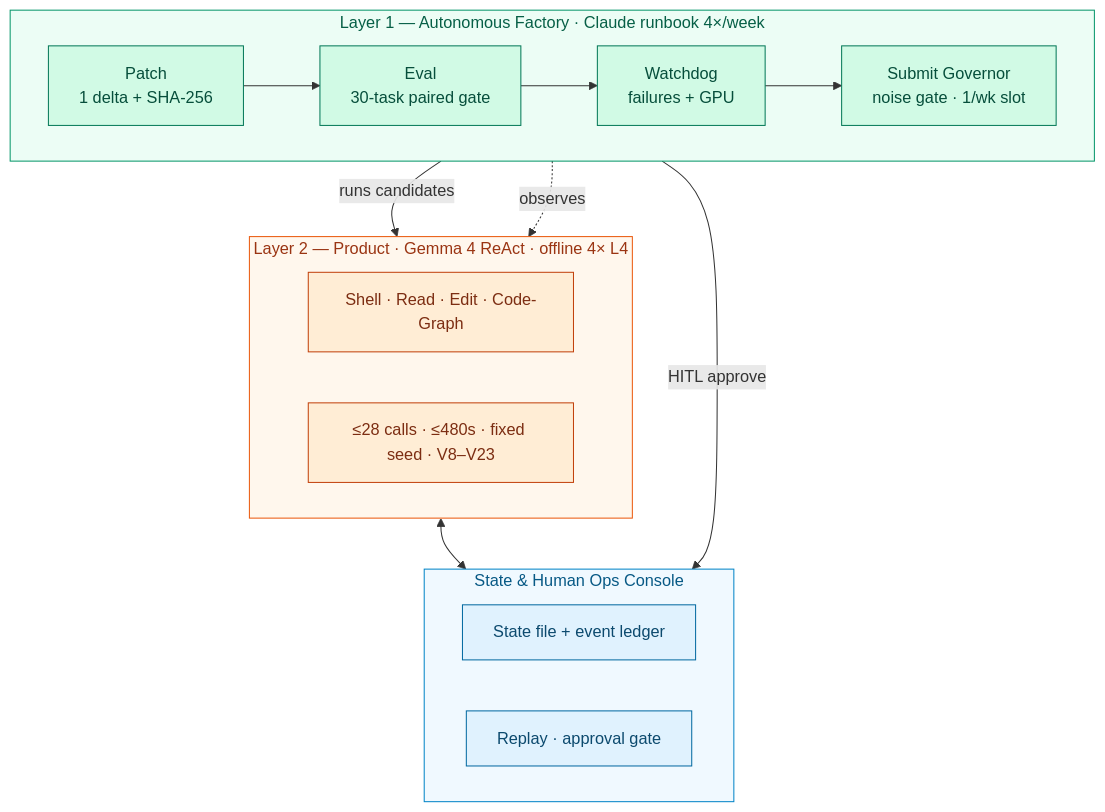
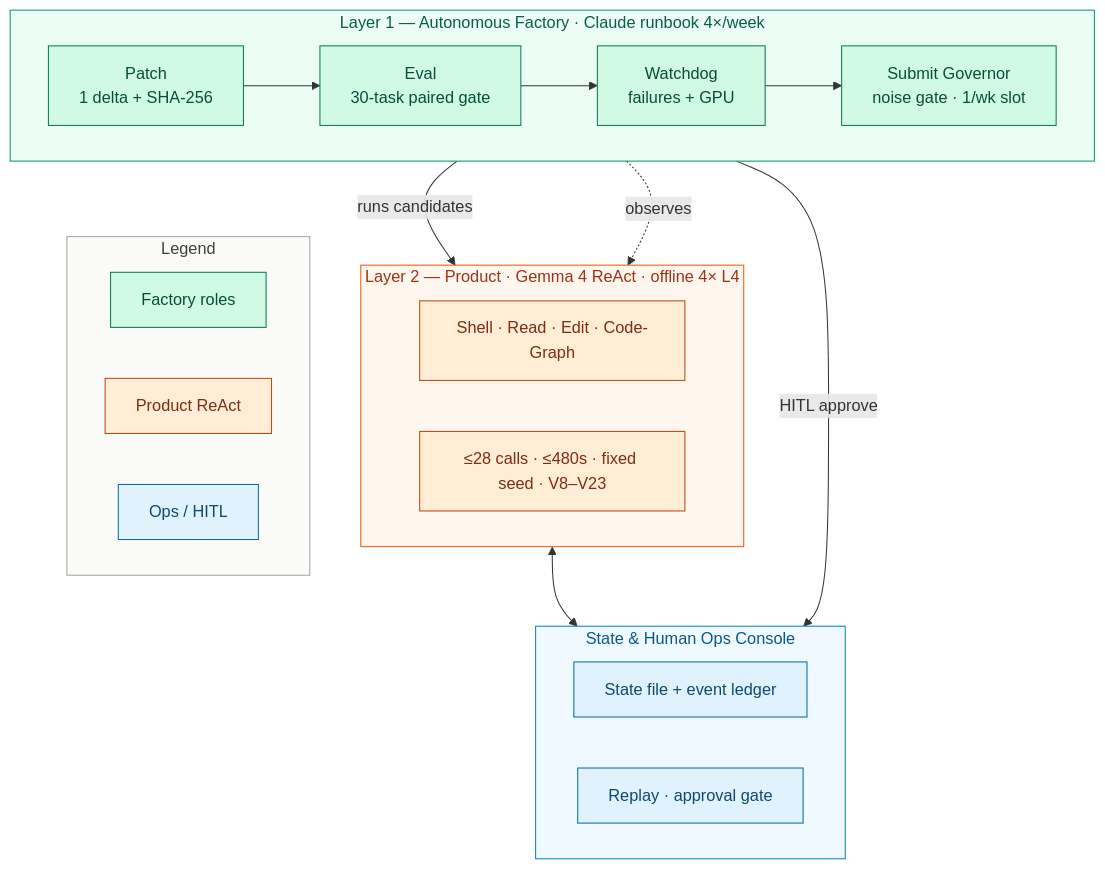
One commit to khaosans/noisegate-gemma4-factory changed the diagram in README.md. Above: the diagram before and after it, drawn with Mermaid. The commit also changed other lines of this file and 4 other files, not shown here.

First line of the commit message:
docs: move Mermaid color legends into diagram subgraphs

````diff
--- a/README.md
+++ b/README.md
@@ -28,34 +28,43 @@
 ```mermaid
 flowchart TB
   subgraph L1["Layer 1 — Autonomous Factory · Claude runbook 4×/week"]
     direction LR
     P[Patch<br/>1 delta + SHA-256] --> E[Eval<br/>30-task paired gate]
     E --> W[Watchdog<br/>failures + GPU]
     W --> G[Submit Governor<br/>noise gate · 1/wk slot]
   end
 
   subgraph L2["Layer 2 — Product · Gemma 4 ReAct · offline 4× L4"]
     T[Shell · Read · Edit · Code-Graph]
     C["≤28 calls · ≤480s · fixed seed · V8–V23"]
   end
 
   subgraph Ops["State & Human Ops Console"]
     S[State file + event ledger]
     H[Replay · approval gate]
   end
 
+  subgraph Legend["Legend"]
+    direction LR
+    LegF[Factory roles]
+    LegP[Product ReAct]
+    LegO[Ops / HITL]
+  end
+
   E -->|runs candidates| L2
   W -.->|observes| L2
   G -->|HITL approve| Ops
   L2 <--> Ops
+  G ~~~ LegF
 
   classDef factory fill:#D1FAE5,stroke:#047857,color:#064E3B
   classDef product fill:#FFEDD5,stroke:#C2410C,color:#7C2D12
   classDef ops fill:#E0F2FE,stroke:#0369A1,color:#0C4A6E
-  class P,E,W,G factory
-  class T,C product
-  class S,H ops
+  class P,E,W,G,LegF factory
+  class T,C,LegP product
+  class S,H,LegO ops
   style L1 fill:#ECFDF5,stroke:#059669,color:#065F46
   style L2 fill:#FFF7ED,stroke:#EA580C,color:#9A3412
   style Ops fill:#F0F9FF,stroke:#0284C7,color:#075985
+  style Legend fill:#FAFAF9,stroke:#A8A29E,color:#44403C
 ```
````
